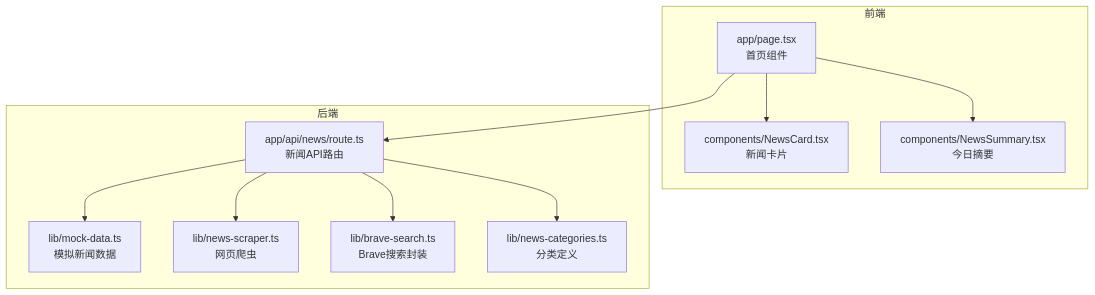
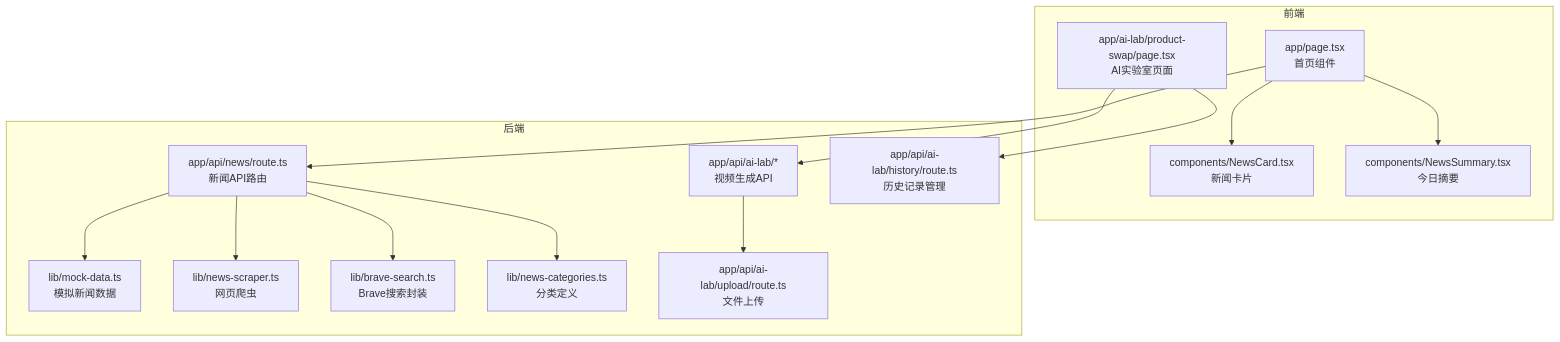
One commit to zuozuoliu740-cmd/xianxiong-news changed the first of 4 diagrams in .qoder/repowiki/zh/content/数据模型/模拟数据模型.md. Above: the diagram before and after it, drawn with Mermaid. The commit also changed other lines of this file and 6 other files, not shown here.

````diff
--- a/.qoder/repowiki/zh/content/数据模型/模拟数据模型.md
+++ b/.qoder/repowiki/zh/content/数据模型/模拟数据模型.md
@@ -40,22 +58,29 @@
 ```mermaid
 graph TB
 subgraph "前端"
 Page["app/page.tsx<br/>首页组件"]
 Card["components/NewsCard.tsx<br/>新闻卡片"]
 Summary["components/NewsSummary.tsx<br/>今日摘要"]
+AILab["app/ai-lab/product-swap/page.tsx<br/>AI实验室页面"]
 end
 subgraph "后端"
 API["app/api/news/route.ts<br/>新闻API路由"]
 Mock["lib/mock-data.ts<br/>模拟新闻数据"]
 Scraper["lib/news-scraper.ts<br/>网页爬虫"]
 Brave["lib/brave-search.ts<br/>Brave搜索封装"]
 Categories["lib/news-categories.ts<br/>分类定义"]
+VideoAPI["app/api/ai-lab/*<br/>视频生成API"]
+History["app/api/ai-lab/history/route.ts<br/>历史记录管理"]
+Upload["app/api/ai-lab/upload/route.ts<br/>文件上传"]
 end
 Page --> API
 API --> Mock
 API --> Scraper
 API --> Brave
 API --> Categories
+AILab --> VideoAPI
+AILab --> History
+VideoAPI --> Upload
 Page --> Card
 Page --> Summary
 ```
````
